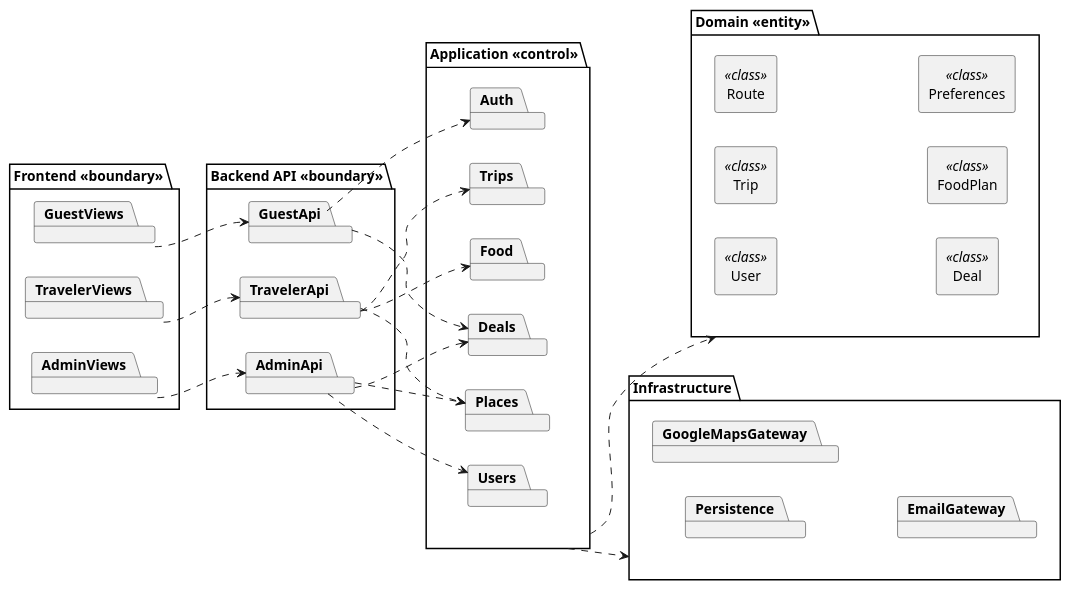
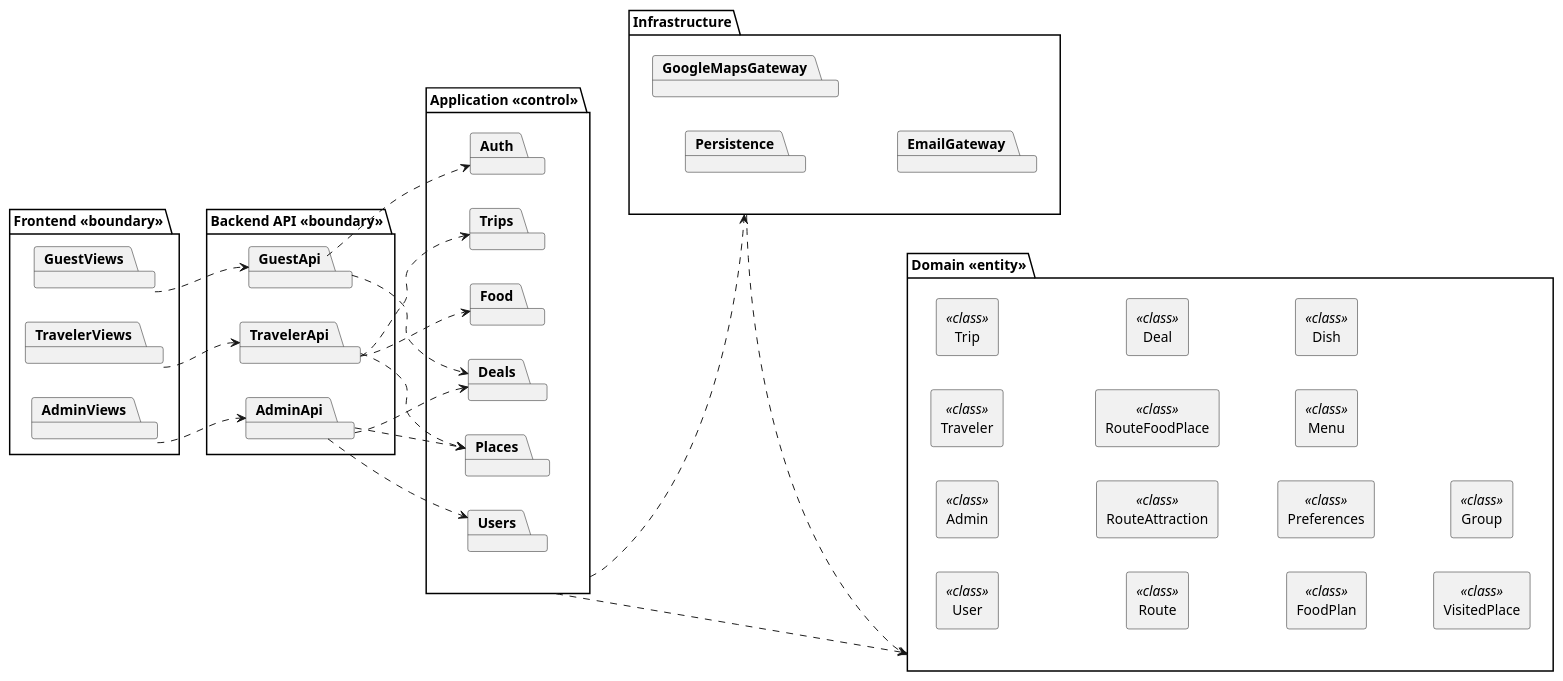
The diagram in _refs/diagrams-new/package/architecture.puml (SauliusDev/ps-projektas), drawn with PlantUML before and after one commit.

Commit message:
fix: align package diagram with architecture spec

```diff
--- a/_refs/diagrams-new/package/architecture.puml
+++ b/_refs/diagrams-new/package/architecture.puml
@@ -1,54 +1,63 @@
 @startuml Architecture_P2
 skinparam style strictuml
 left to right direction
 
 package "Frontend <<boundary>>" {
   package "GuestViews"
   package "TravelerViews"
   package "AdminViews"
 }
 
 package "Backend API <<boundary>>" {
   package "GuestApi"
   package "TravelerApi"
   package "AdminApi"
 }
 
 package "Application <<control>>" {
   package "Auth"
   package "Trips"
   package "Deals"
   package "Places"
   package "Food"
   package "Users"
 }
 
 package "Domain <<entity>>" {
   rectangle "User" as User <<class>>
+  rectangle "Admin" as Admin <<class>>
+  rectangle "Traveler" as Traveler <<class>>
   rectangle "Trip" as Trip <<class>>
   rectangle "Route" as Route <<class>>
+  rectangle "RouteAttraction" as RouteAttraction <<class>>
+  rectangle "RouteFoodPlace" as RouteFoodPlace <<class>>
   rectangle "Deal" as Deal <<class>>
   rectangle "FoodPlan" as FoodPlan <<class>>
   rectangle "Preferences" as Preferences <<class>>
+  rectangle "Menu" as Menu <<class>>
+  rectangle "Dish" as Dish <<class>>
+  rectangle "VisitedPlace" as VisitedPlace <<class>>
+  rectangle "Group" as Group <<class>>
 }
 
 package "Infrastructure" {
   package "Persistence"
   package "GoogleMapsGateway"
   package "EmailGateway"
 }
 
 "GuestViews" ..> "GuestApi"
 "TravelerViews" ..> "TravelerApi"
 "AdminViews" ..> "AdminApi"
 "GuestApi" ..> "Auth"
 "GuestApi" ..> "Deals"
 "TravelerApi" ..> "Trips"
 "TravelerApi" ..> "Places"
 "TravelerApi" ..> "Food"
 "AdminApi" ..> "Deals"
 "AdminApi" ..> "Places"
 "AdminApi" ..> "Users"
 "Application <<control>>" ..> "Domain <<entity>>"
 "Application <<control>>" ..> "Infrastructure"
+"Infrastructure" ..> "Domain <<entity>>"
 @enduml
```
